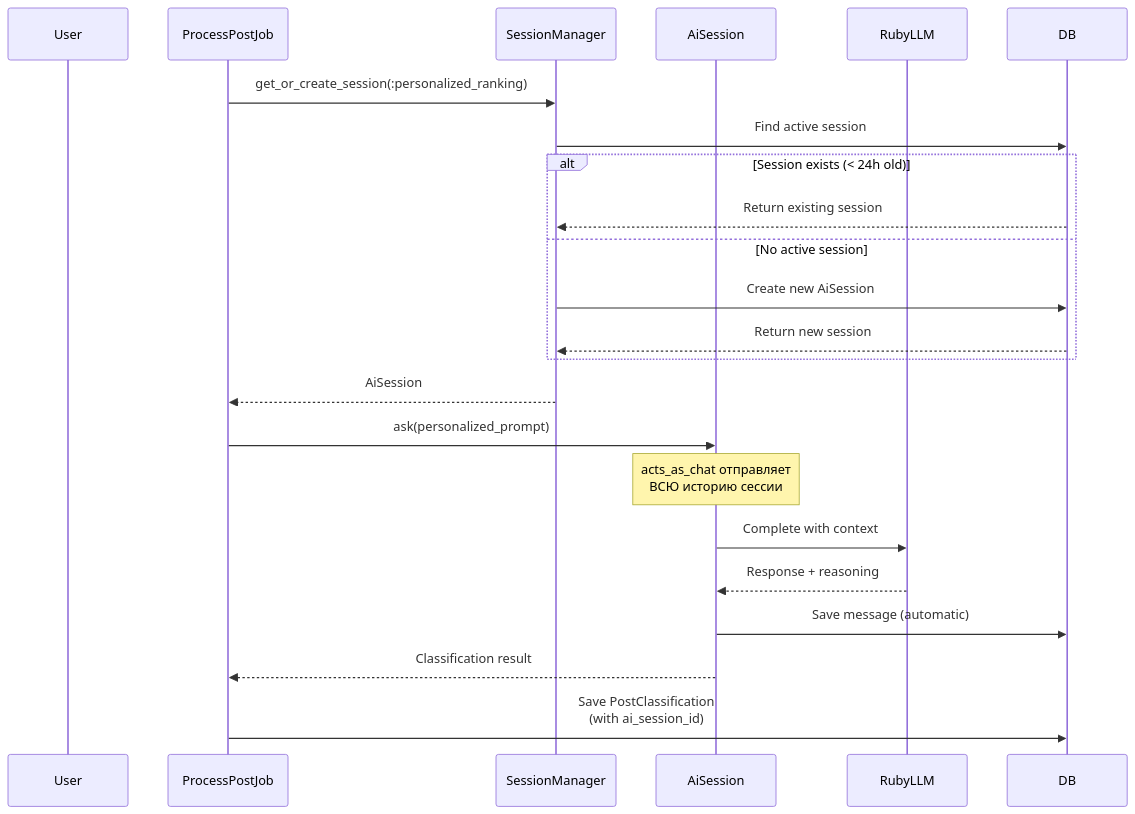
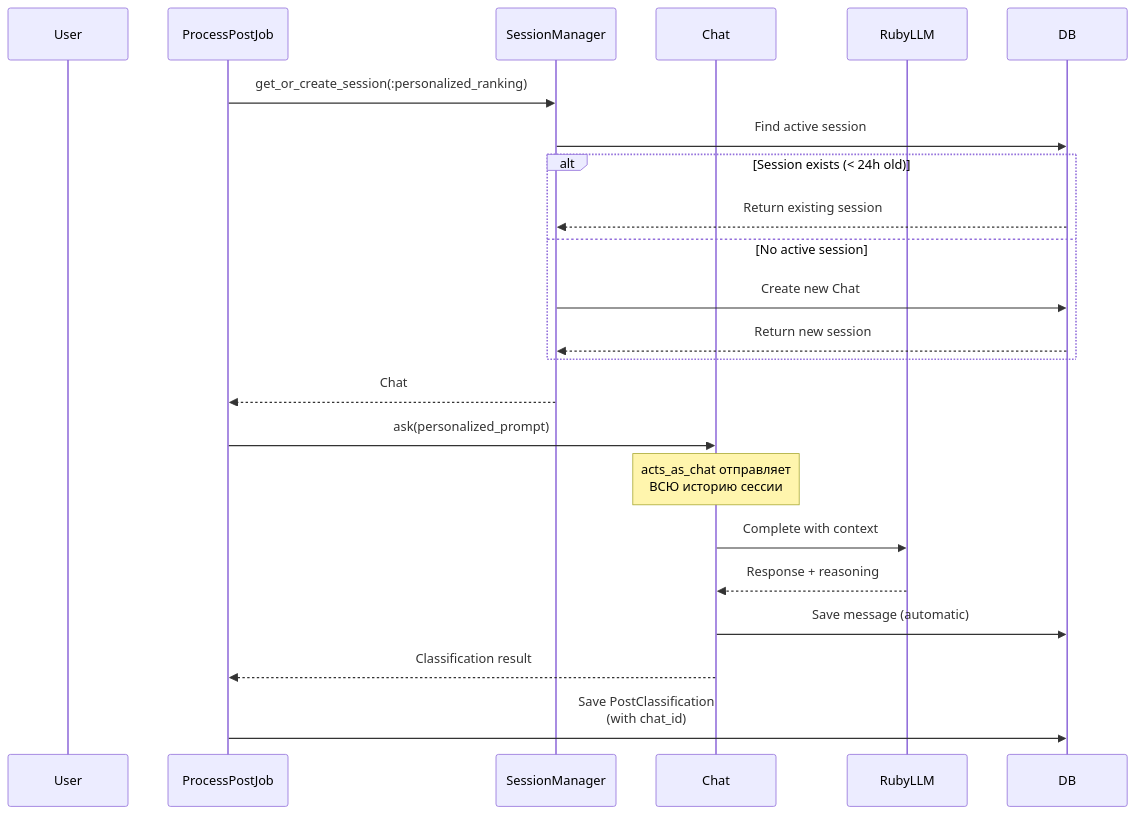
The diagram in docs/architecture-review-ruby-llm.md (dapi/no_fluff), drawn with Mermaid before and after one commit. The commit also changed other lines of this file and 9 other files, not shown here.

````diff
--- a/docs/architecture-review-ruby-llm.md
+++ b/docs/architecture-review-ruby-llm.md
@@ -638,32 +638,32 @@
 ```mermaid
 sequenceDiagram
     participant User
     participant ProcessPostJob
     participant SessionManager
-    participant AiSession
+    participant Chat
     participant RubyLLM
     participant DB
 
     ProcessPostJob->>SessionManager: get_or_create_session(:personalized_ranking)
     SessionManager->>DB: Find active session
 
     alt Session exists (< 24h old)
         DB-->>SessionManager: Return existing session
     else No active session
-        SessionManager->>DB: Create new AiSession
+        SessionManager->>DB: Create new Chat
         DB-->>SessionManager: Return new session
     end
 
-    SessionManager-->>ProcessPostJob: AiSession
-    ProcessPostJob->>AiSession: ask(personalized_prompt)
+    SessionManager-->>ProcessPostJob: Chat
+    ProcessPostJob->>Chat: ask(personalized_prompt)
 
-    Note over AiSession: acts_as_chat отправляет<br/>ВСЮ историю сессии
+    Note over Chat: acts_as_chat отправляет<br/>ВСЮ историю сессии
 
-    AiSession->>RubyLLM: Complete with context
-    RubyLLM-->>AiSession: Response + reasoning
+    Chat->>RubyLLM: Complete with context
+    RubyLLM-->>Chat: Response + reasoning
 
-    AiSession->>DB: Save message (automatic)
-    AiSession-->>ProcessPostJob: Classification result
+    Chat->>DB: Save message (automatic)
+    Chat-->>ProcessPostJob: Classification result
 
-    ProcessPostJob->>DB: Save PostClassification<br/>(with ai_session_id)
+    ProcessPostJob->>DB: Save PostClassification<br/>(with chat_id)
 ```
````
